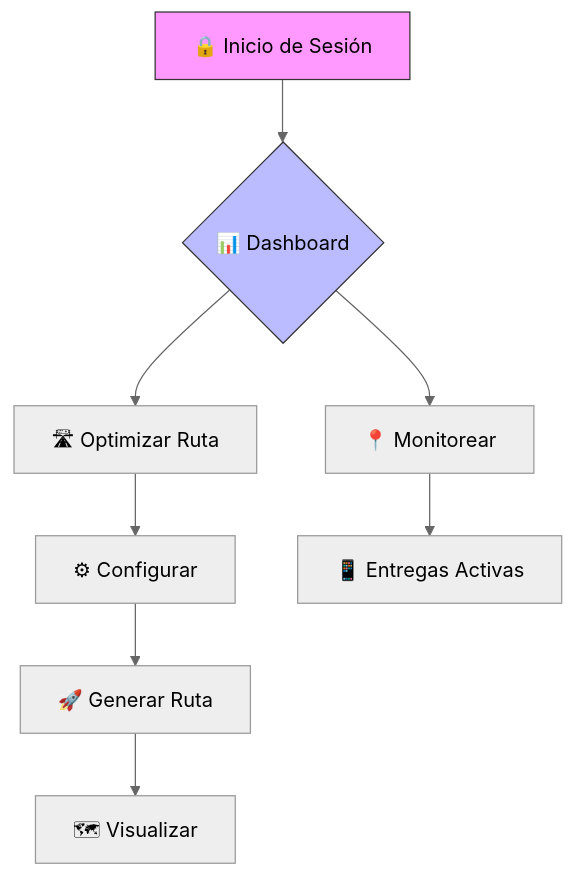
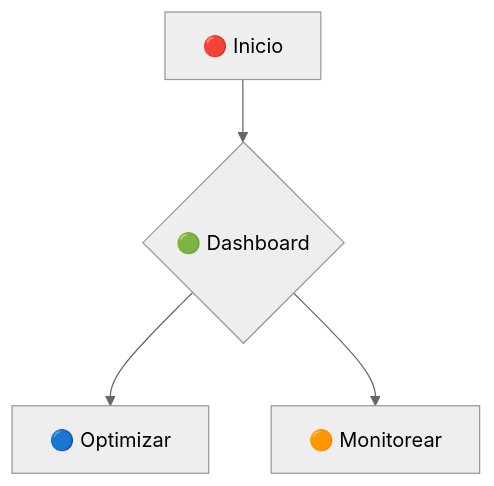
Before and after one commit to JairoHuasaja/Pixel-Lab: the diagram in README.md, drawn with Mermaid (neutral theme). The commit also changed other lines of this file, not shown here.

````diff
--- a/README.md
+++ b/README.md
@@ -78,12 +84,6 @@
 ```mermaid
 graph TD
-    A[🔒 Inicio de Sesión] --> B{📊 Dashboard}
-    B --> C[🛣 Optimizar Ruta]
-    B --> D[📍 Monitorear]
-    C --> E[⚙ Configurar]
-    E --> F[🚀 Generar Ruta]
-    F --> G[🗺 Visualizar]
-    D --> H[📱 Entregas Activas]
-    style A fill:#f9f,stroke:#333
-    style B fill:#bbf,stroke:#333
+    A[🔴 Inicio] --> B{🟢 Dashboard}
+    B --> C[🔵 Optimizar]
+    B --> D[🟠 Monitorear]
 ```
````
